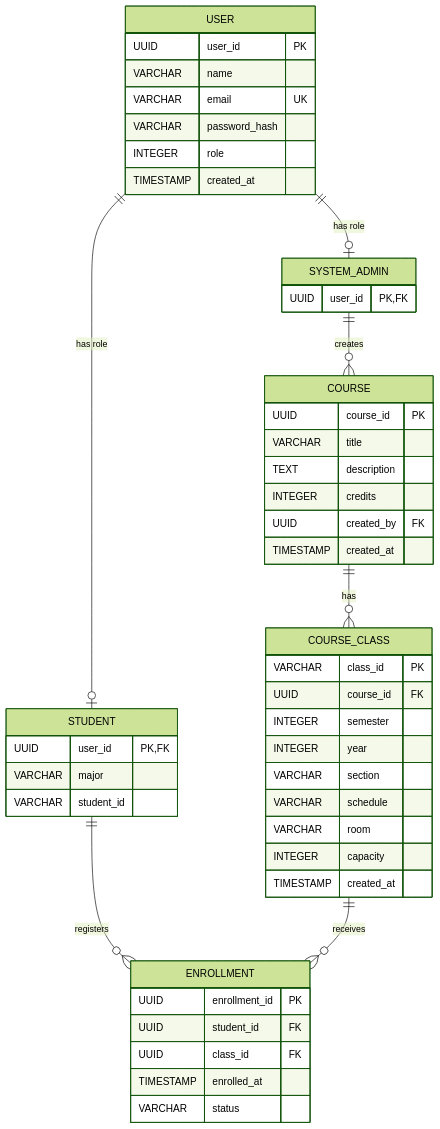
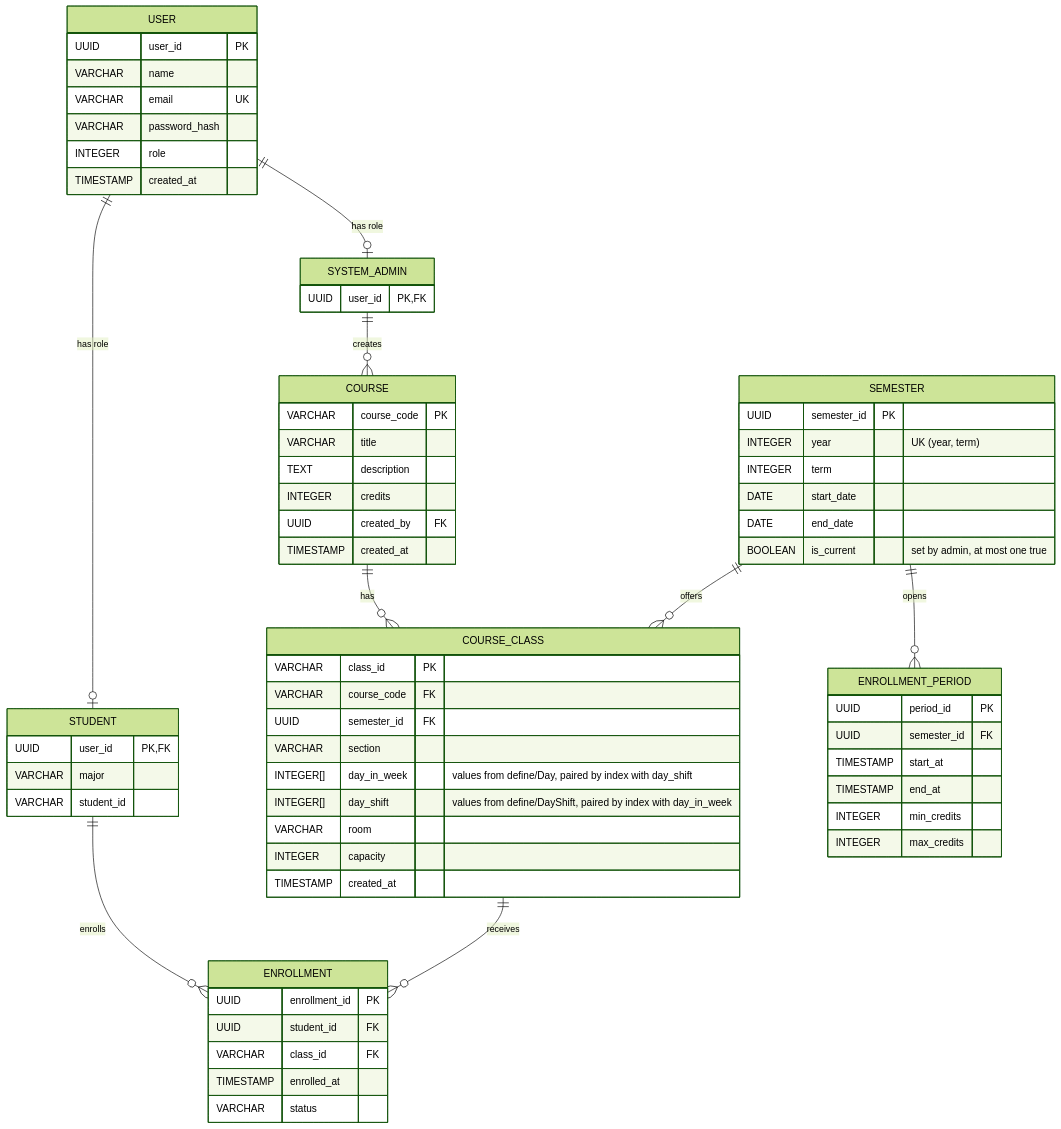
One commit to cnf166/course-registration-system changed the diagram in docs/db_schema.md. Above: the diagram before and after it, drawn with Mermaid (forest theme). The commit also changed 8 other files, not shown here.

First line of the commit message:
feat (data): add semester and enrollment period entities

````diff
--- a/docs/db_schema.md
+++ b/docs/db_schema.md
@@ -3,59 +3,80 @@
 ```mermaid
 erDiagram
     USER ||--o| SYSTEM_ADMIN : "has role"
     USER ||--o| STUDENT : "has role"
 
     SYSTEM_ADMIN ||--o{ COURSE : creates
     COURSE ||--o{ COURSE_CLASS : has
 
-    STUDENT ||--o{ ENROLLMENT : registers
+    SEMESTER ||--o{ COURSE_CLASS : offers
+    SEMESTER ||--o{ ENROLLMENT_PERIOD : opens
+
+    STUDENT ||--o{ ENROLLMENT : enrolls
     COURSE_CLASS ||--o{ ENROLLMENT : receives
 
     USER {
         UUID user_id PK
         VARCHAR name
         VARCHAR email UK
         VARCHAR password_hash
         INTEGER role
         TIMESTAMP created_at
     }
 
     SYSTEM_ADMIN {
         UUID user_id PK, FK
     }
 
     STUDENT {
         UUID user_id PK, FK
         VARCHAR major
         VARCHAR student_id
     }
 
     COURSE {
-        UUID course_id PK
+        VARCHAR course_code PK
         VARCHAR title
         TEXT description
         INTEGER credits
         UUID created_by FK
         TIMESTAMP created_at
     }
 
     COURSE_CLASS {
         VARCHAR class_id PK
-        UUID course_id FK
-        INTEGER semester
-        INTEGER year
+        VARCHAR course_code FK
+        UUID semester_id FK
         VARCHAR section
-        VARCHAR schedule
+        INTEGER[] day_in_week "values from define/Day, paired by index with day_shift"
+        INTEGER[] day_shift "values from define/DayShift, paired by index with day_in_week"
         VARCHAR room
         INTEGER capacity
         TIMESTAMP created_at
     }
 
+    SEMESTER {
+        UUID semester_id PK
+        INTEGER year "UK (year, term)"
+        INTEGER term
+        DATE start_date
+        DATE end_date
+        BOOLEAN is_current "set by admin, at most one true"
+    }
+
+    ENROLLMENT_PERIOD {
+        UUID period_id PK
+        UUID semester_id FK
+        TIMESTAMP start_at
+        TIMESTAMP end_at
+        INTEGER min_credits
+        INTEGER max_credits
+    }
+
     ENROLLMENT {
         UUID enrollment_id PK
         UUID student_id FK
-        UUID class_id FK
+        VARCHAR class_id FK
         TIMESTAMP enrolled_at
         VARCHAR status
     }
 ```
````
